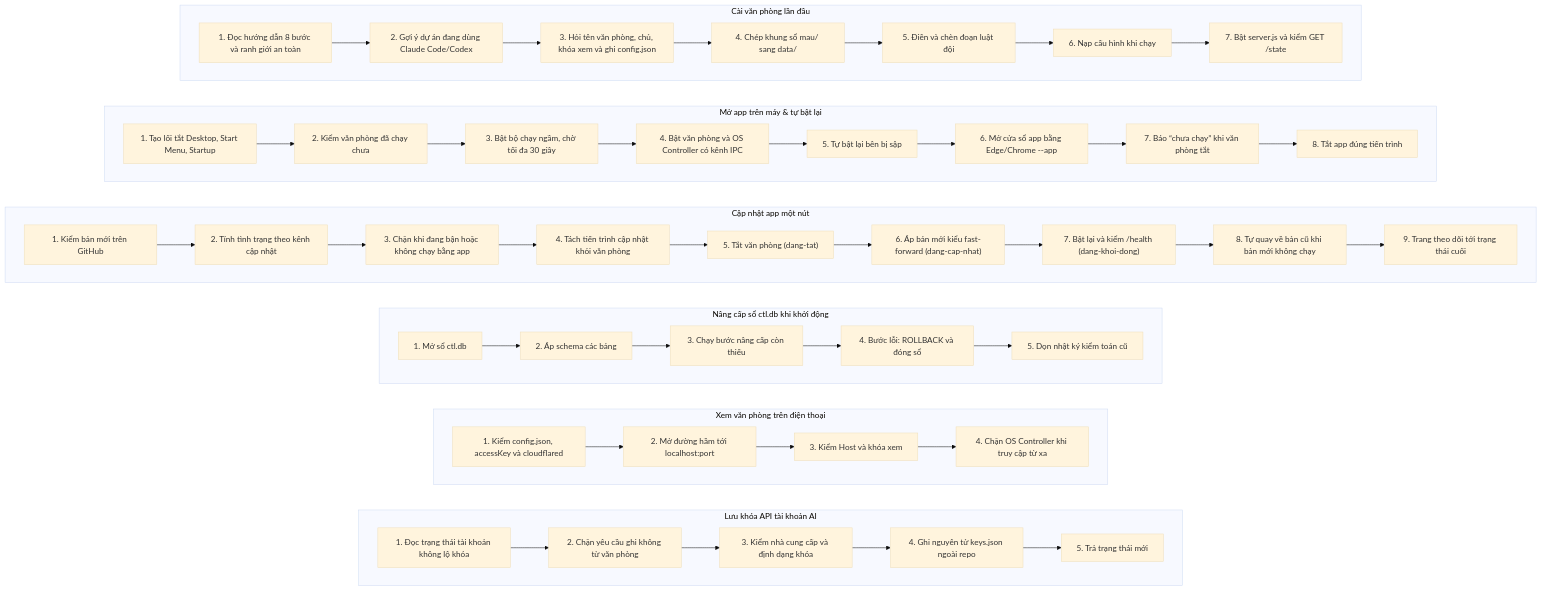
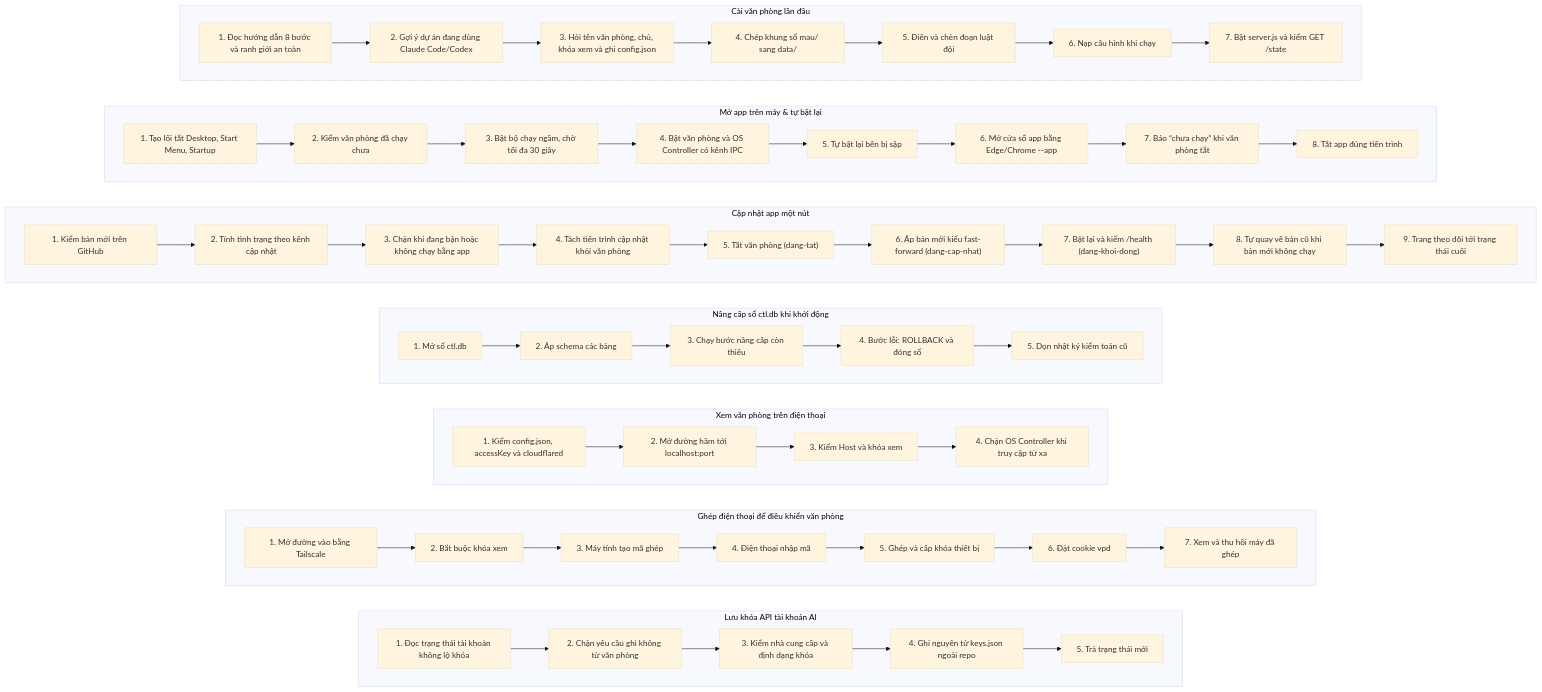
Before and after one commit to Thequancute215-sys/V-n-ph-ng-ch-nh-ph-: the third of 11 diagrams in docs/BAN-DO-HE-THONG.md, drawn with Mermaid (base theme). The commit also changed other lines of this file and 6 other files, not shown here.

First line of the commit message:
Vẽ lại toàn bộ bản đồ hệ thống: điện thoại, skill, MCP trên máy, hợp đồng, song song

````diff
--- a/docs/BAN-DO-HE-THONG.md
+++ b/docs/BAN-DO-HE-THONG.md
@@ -175,6 +189,22 @@
     step_xem_dien_thoai_mo_duong_ham --> step_xem_dien_thoai_kiem_host
     step_xem_dien_thoai_kiem_host --> step_xem_dien_thoai_chan_ctl
   end
+  subgraph flow_ghep_dien_thoai["Ghép điện thoại để điều khiển văn phòng"]
+    direction LR
+    step_ghep_dien_thoai_duong_vao["1. Mở đường vào bằng Tailscale"]
+    step_ghep_dien_thoai_can_khoa_xem["2. Bắt buộc khóa xem"]
+    step_ghep_dien_thoai_tao_ma["3. Máy tính tạo mã ghép"]
+    step_ghep_dien_thoai_nhap_ma["4. Điện thoại nhập mã"]
+    step_ghep_dien_thoai_ghep["5. Ghép và cấp khóa thiết bị"]
+    step_ghep_dien_thoai_cookie["6. Đặt cookie vpd"]
+    step_ghep_dien_thoai_quan_ly["7. Xem và thu hồi máy đã ghép"]
+    step_ghep_dien_thoai_duong_vao --> step_ghep_dien_thoai_can_khoa_xem
+    step_ghep_dien_thoai_can_khoa_xem --> step_ghep_dien_thoai_tao_ma
+    step_ghep_dien_thoai_tao_ma --> step_ghep_dien_thoai_nhap_ma
+    step_ghep_dien_thoai_nhap_ma --> step_ghep_dien_thoai_ghep
+    step_ghep_dien_thoai_ghep --> step_ghep_dien_thoai_cookie
+    step_ghep_dien_thoai_cookie --> step_ghep_dien_thoai_quan_ly
+  end
   subgraph flow_luu_khoa_tai_khoan["Lưu khóa API tài khoản AI"]
     direction LR
     step_luu_khoa_tai_khoan_xem_trang_thai["1. Đọc trạng thái tài khoản không lộ khóa"]
@@ -191,5 +221,6 @@
   flow_mo_app ~~~ flow_cap_nhat_app
   flow_cap_nhat_app ~~~ flow_nang_cap_so_ctl
   flow_nang_cap_so_ctl ~~~ flow_xem_dien_thoai
-  flow_xem_dien_thoai ~~~ flow_luu_khoa_tai_khoan
+  flow_xem_dien_thoai ~~~ flow_ghep_dien_thoai
+  flow_ghep_dien_thoai ~~~ flow_luu_khoa_tai_khoan
 ```
````
